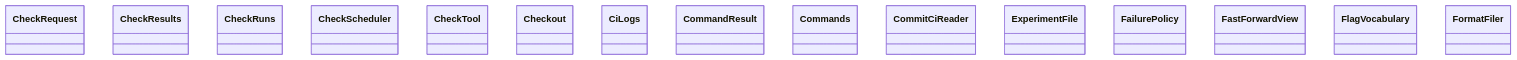
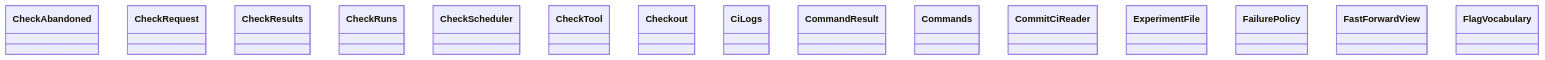
Before and after one commit to GonzaloZevallos/agentic-system: the diagram in docs/architecture/generated/classes-process-application-support-2.md, drawn with Mermaid. The commit also changed other lines of this file and 9 other files, not shown here.

Commit message:
Regenerate the architecture docs for CheckAbandoned and the abandoned keyword

````diff
--- a/docs/architecture/generated/classes-process-application-support-2.md
+++ b/docs/architecture/generated/classes-process-application-support-2.md
@@ -20,18 +20,18 @@
 ```mermaid
 classDiagram
+    class ports__CheckAbandoned["CheckAbandoned"]
     class ports__CheckRequest["CheckRequest"]
     class ports__CheckResults["CheckResults"]
     class ports__CheckRuns["CheckRuns"]
     class ports__CheckScheduler["CheckScheduler"]
     class ports__CheckTool["CheckTool"]
     class ports__Checkout["Checkout"]
     class ports__CiLogs["CiLogs"]
     class ports__CommandResult["CommandResult"]
     class ports__Commands["Commands"]
     class ports__CommitCiReader["CommitCiReader"]
     class ports__ExperimentFile["ExperimentFile"]
     class ports__FailurePolicy["FailurePolicy"]
     class ports__FastForwardView["FastForwardView"]
     class ports__FlagVocabulary["FlagVocabulary"]
-    class ports__FormatFiler["FormatFiler"]
 ```
````
